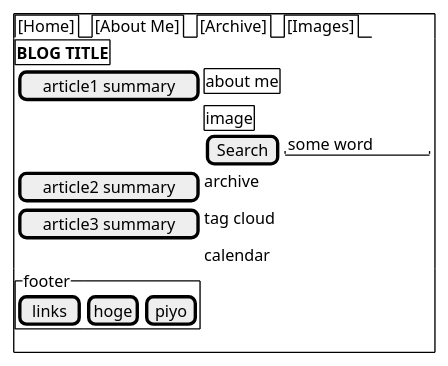
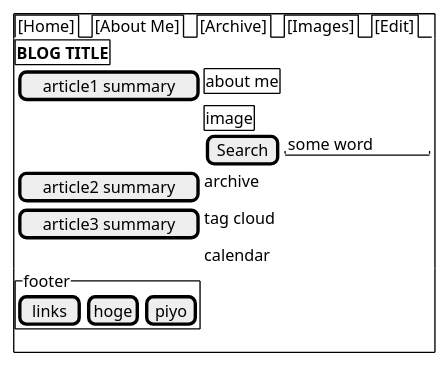
Before and after one commit to fujimaru-lab/blog-blog-blog: the diagram in doc/front/main.pu, drawn with PlantUML. The commit also changed 1 other file, not shown here.

```diff
--- a/doc/front/main.pu
+++ b/doc/front/main.pu
@@ -1,17 +1,17 @@
 @startsalt MainPage
 {+
-{/ [Home] | [About Me] | [Archive] | [Images]}
+{/ [Home] | [About Me] | [Archive] | [Images] | [Edit]}
 {+ <b>BLOG TITLE }
 {
 [article1 summary] | {+ about me}
 {} | {+ image}
 {} | [Search] | "some word    "
 [article2 summary] | archive
 [article3 summary] | tag cloud
 {}         | calendar
 }
 {^"footer"
  [links] | [hoge] | [piyo]
 }
 }
 @endsalt
```
